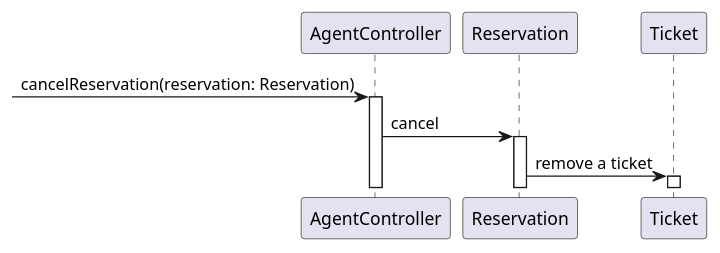
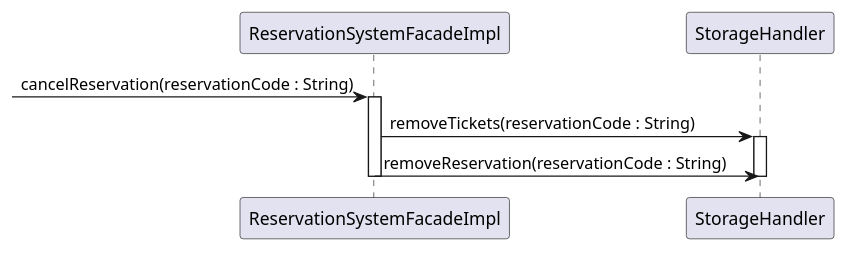
Before and after one commit to AlperenElbasan/FlightReservationSystem: the diagram in Diagrams/Sequence/Agent/7_cancel_reservation.puml, drawn with PlantUML. The commit also changed 5 other files, not shown here.

Commit message:
update diagrams

```diff
--- a/Diagrams/Sequence/Agent/7_cancel_reservation.puml
+++ b/Diagrams/Sequence/Agent/7_cancel_reservation.puml
@@ -1,11 +1,13 @@
-@startuml
+@startuml cancel_reservation
 
--> AgentController: cancelReservation(reservation: Reservation)
-activate AgentController
+-> ReservationSystemFacadeImpl: cancelReservation(reservationCode : String) 
+activate ReservationSystemFacadeImpl
 
-AgentController -> Reservation: cancel
-activate Reservation
-Reservation -> Ticket: remove a ticket
-activate Ticket
+ReservationSystemFacadeImpl -> StorageHandler : removeTickets(reservationCode : String)
+activate StorageHandler
+ReservationSystemFacadeImpl -> StorageHandler : removeReservation(reservationCode : String)
+deactivate StorageHandler
+
+deactivate ReservationSystemFacadeImpl
 
 @enduml
```
